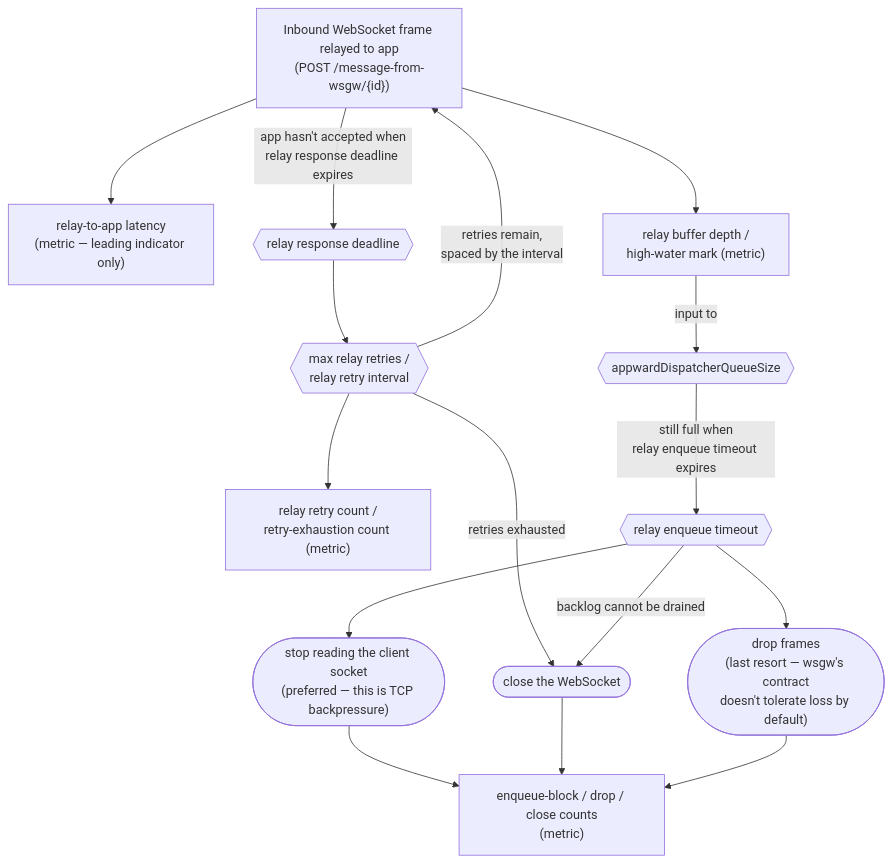
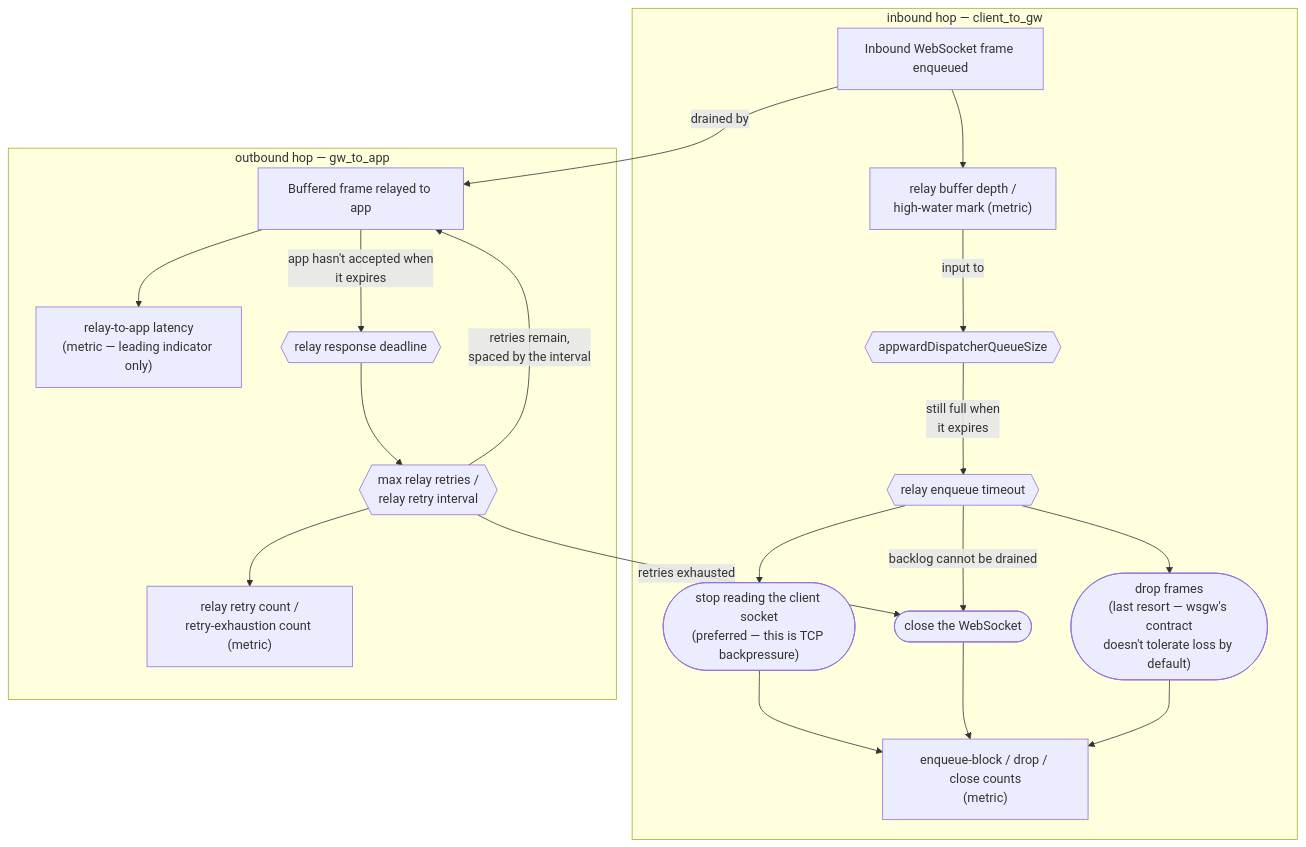
The fourth of 4 diagrams in docs/backpressure.md (pdkovacs/wsgw-jakarta), drawn with Mermaid before and after one commit. The commit also changed other lines of this file and 12 other files, not shown here.

````diff
--- a/docs/backpressure.md
+++ b/docs/backpressure.md
@@ -367,22 +540,28 @@
 ```mermaid
 flowchart TD
-    E0["Inbound WebSocket frame relayed to app\n(POST /message-from-wsgw/{id})"]
-    E0 --> MetricLatency["relay-to-app latency\n(metric — leading indicator only)"]
-    E0 -->|"app hasn't accepted when\nrelay response deadline expires"| KnobDeadline{{"relay response deadline"}}
-    KnobDeadline --> KnobRetries{{"max relay retries /\nrelay retry interval"}}
-    KnobRetries -->|"retries remain,\nspaced by the interval"| E0
+    subgraph inbound["inbound hop — client_to_gw"]
+        E1["Inbound WebSocket frame enqueued"]
+        E1 --> MetricDepth["relay buffer depth /\nhigh-water mark (metric)"]
+        MetricDepth -->|"input to"| KnobQueueSize{{"appwardDispatcherQueueSize"}}
+        KnobQueueSize -->|"still full when\nit expires"| KnobEnqueueTimeout{{"relay enqueue timeout"}}
+        KnobEnqueueTimeout --> ActStopRead(["stop reading the client socket\n(preferred — this is TCP backpressure)"])
+        KnobEnqueueTimeout --> ActDrop(["drop frames\n(last resort — wsgw's contract\ndoesn't tolerate loss by default)"])
+        ActClose(["close the WebSocket"])
+        ActStopRead --> MetricActions["enqueue-block / drop / close counts\n(metric)"]
+        ActClose --> MetricActions
+        ActDrop --> MetricActions
+    end
+
+    subgraph outbound["outbound hop — gw_to_app"]
+        E0["Buffered frame relayed to app"]
+        E0 --> MetricLatency["relay-to-app latency\n(metric — leading indicator only)"]
+        E0 -->|"app hasn't accepted when\nit expires"| KnobDeadline{{"relay response deadline"}}
+        KnobDeadline --> KnobRetries{{"max relay retries /\nrelay retry interval"}}
+        KnobRetries -->|"retries remain,\nspaced by the interval"| E0
+        KnobRetries --> MetricRetries["relay retry count /\nretry-exhaustion count (metric)"]
+    end
+
+    KnobEnqueueTimeout -->|"backlog cannot be drained"| ActClose
     KnobRetries -->|"retries exhausted"| ActClose
-    KnobRetries --> MetricRetries["relay retry count /\nretry-exhaustion count (metric)"]
-
-    E0 --> MetricDepth["relay buffer depth /\nhigh-water mark (metric)"]
-    MetricDepth -->|"input to"| KnobQueueSize{{"appwardDispatcherQueueSize"}}
-    KnobQueueSize -->|"still full when\nrelay enqueue timeout expires"| KnobEnqueueTimeout{{"relay enqueue timeout"}}
-
-    KnobEnqueueTimeout --> ActStopRead(["stop reading the client socket\n(preferred — this is TCP backpressure)"])
-    KnobEnqueueTimeout -->|"backlog cannot be drained"| ActClose(["close the WebSocket"])
-    KnobEnqueueTimeout --> ActDrop(["drop frames\n(last resort — wsgw's contract\ndoesn't tolerate loss by default)"])
-
-    ActStopRead --> MetricActions["enqueue-block / drop / close counts\n(metric)"]
-    ActClose --> MetricActions
-    ActDrop --> MetricActions
+    E1 -->|"drained by"| E0
 ```
````
